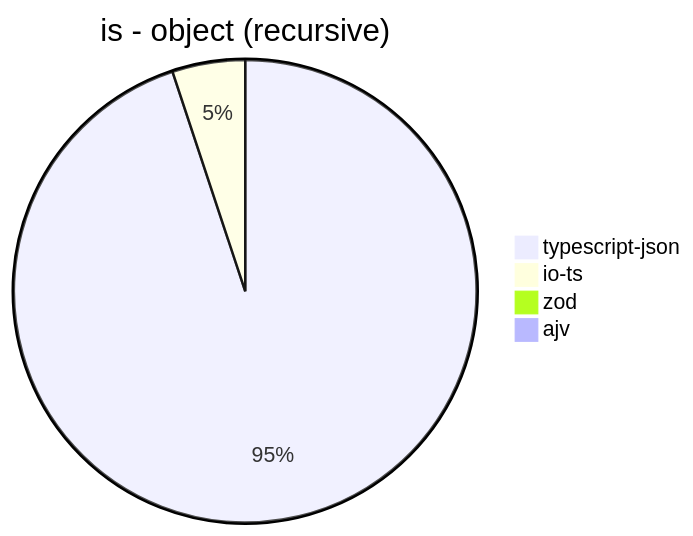
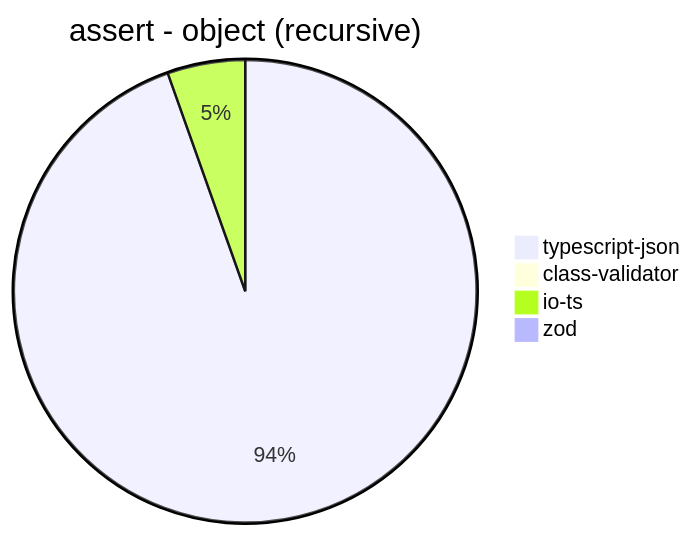
One commit to samchon/typia changed the tenth of 40 diagrams in benchmark/results/AMD Ryzen 9 5900HX with Radeon Graphics.md. Above: the diagram before and after it, drawn with Mermaid. The commit also changed other lines of this file and 2 other files, not shown here.

````diff
--- a/benchmark/results/AMD Ryzen 9 5900HX with Radeon Graphics.md
+++ b/benchmark/results/AMD Ryzen 9 5900HX with Radeon Graphics.md
@@ -111,7 +127,7 @@
 ```mermaid
-pie title is - object (recursive)
-  "typescript-json": 90780.11152416357
-  "io-ts": 4870.251422279317
-  "zod": 78.66218236173393
-  "ajv": 0
+pie title assert - object (recursive)
+  "typescript-json": 35776.80402759649
+  "class-validator": 45.84261321455085
+  "io-ts": 2056.0296846011133
+  "zod": 76.89491028927134
 ```
````
